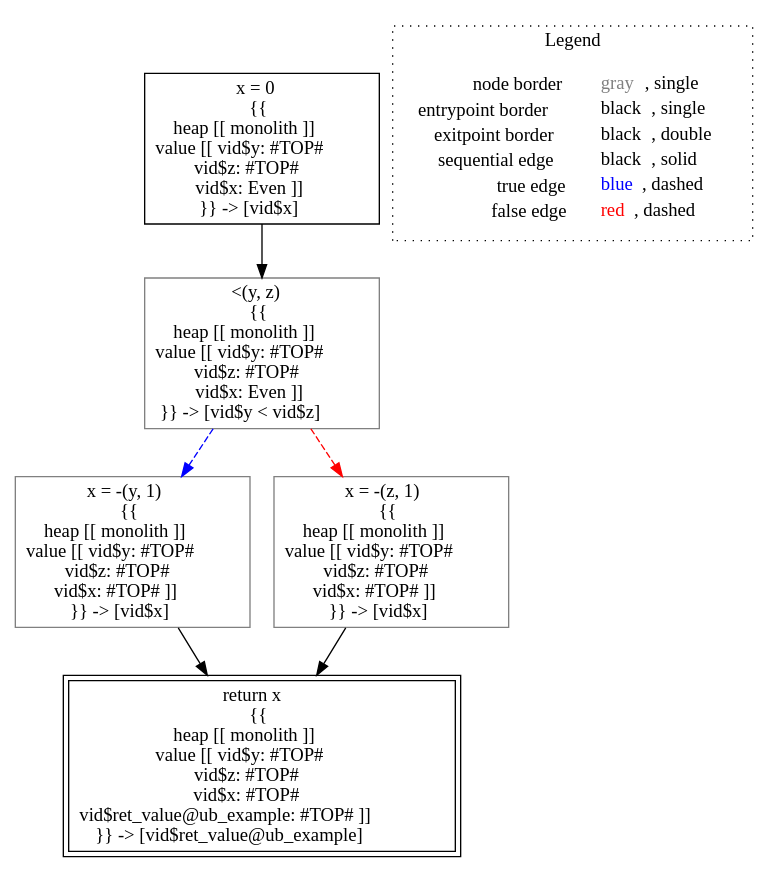
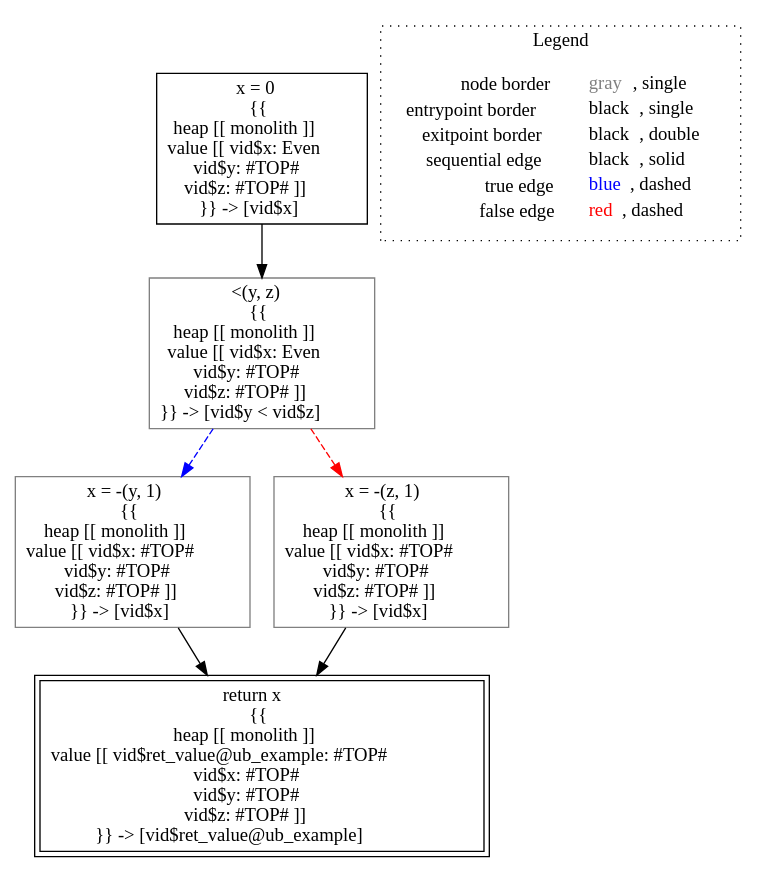
One commit to lisa-analyzer/lisa changed the diagram in lisa/imp-testcases/parity/analysis___untyped_tutorial.ub_example(untyped_y,_untyped_z).dot. Above: the diagram before and after it, drawn with Graphviz. The commit also changed 29 other files, not shown here.

```diff
--- a/lisa/imp-testcases/parity/analysis___untyped_tutorial.ub_example(untyped_y,_untyped_z).dot
+++ b/lisa/imp-testcases/parity/analysis___untyped_tutorial.ub_example(untyped_y,_untyped_z).dot
@@ -1,19 +1,19 @@
 digraph {
-	"node0" [shape="rect",color="black",label=<x = 0<BR/>{{<BR/>heap [[ monolith ]]<BR/>value [[ vid$y: #TOP#<BR/>vid$z: #TOP#<BR/>vid$x: Even ]]<BR/>}} -&gt; [vid$x]>];
-	"node1" [shape="rect",color="gray",label=<x = -(y, 1)<BR/>{{<BR/>heap [[ monolith ]]<BR/>value [[ vid$y: #TOP#<BR/>vid$z: #TOP#<BR/>vid$x: #TOP# ]]<BR/>}} -&gt; [vid$x]>];
-	"node2" [shape="rect",color="black",peripheries="2",label=<return x<BR/>{{<BR/>heap [[ monolith ]]<BR/>value [[ vid$y: #TOP#<BR/>vid$z: #TOP#<BR/>vid$x: #TOP#<BR/>vid$ret_value@ub_example: #TOP# ]]<BR/>}} -&gt; [vid$ret_value@ub_example]>];
-	"node3" [shape="rect",color="gray",label=<x = -(z, 1)<BR/>{{<BR/>heap [[ monolith ]]<BR/>value [[ vid$y: #TOP#<BR/>vid$z: #TOP#<BR/>vid$x: #TOP# ]]<BR/>}} -&gt; [vid$x]>];
-	"node4" [shape="rect",color="gray",label=<&lt;(y, z)<BR/>{{<BR/>heap [[ monolith ]]<BR/>value [[ vid$y: #TOP#<BR/>vid$z: #TOP#<BR/>vid$x: Even ]]<BR/>}} -&gt; [vid$y &lt; vid$z]>];
-	"node1" -> "node2" [color="black"];
-	"node0" -> "node4" [color="black"];
-	"node3" -> "node2" [color="black"];
-	"node4" -> "node1" [color="blue",style="dashed"];
-	"node4" -> "node3" [color="red",style="dashed"];
+	"node0" [shape="rect",color="black",label=<x = 0<BR/>{{<BR/>heap [[ monolith ]]<BR/>value [[ vid$x: Even<BR/>vid$y: #TOP#<BR/>vid$z: #TOP# ]]<BR/>}} -&gt; [vid$x]>];
+	"node1" [shape="rect",color="gray",label=<x = -(y, 1)<BR/>{{<BR/>heap [[ monolith ]]<BR/>value [[ vid$x: #TOP#<BR/>vid$y: #TOP#<BR/>vid$z: #TOP# ]]<BR/>}} -&gt; [vid$x]>];
+	"node2" [shape="rect",color="gray",label=<&lt;(y, z)<BR/>{{<BR/>heap [[ monolith ]]<BR/>value [[ vid$x: Even<BR/>vid$y: #TOP#<BR/>vid$z: #TOP# ]]<BR/>}} -&gt; [vid$y &lt; vid$z]>];
+	"node3" [shape="rect",color="gray",label=<x = -(z, 1)<BR/>{{<BR/>heap [[ monolith ]]<BR/>value [[ vid$x: #TOP#<BR/>vid$y: #TOP#<BR/>vid$z: #TOP# ]]<BR/>}} -&gt; [vid$x]>];
+	"node4" [shape="rect",color="black",peripheries="2",label=<return x<BR/>{{<BR/>heap [[ monolith ]]<BR/>value [[ vid$ret_value@ub_example: #TOP#<BR/>vid$x: #TOP#<BR/>vid$y: #TOP#<BR/>vid$z: #TOP# ]]<BR/>}} -&gt; [vid$ret_value@ub_example]>];
+	"node1" -> "node4" [color="black"];
+	"node2" -> "node1" [color="blue",style="dashed"];
+	"node2" -> "node3" [color="red",style="dashed"];
+	"node0" -> "node2" [color="black"];
+	"node3" -> "node4" [color="black"];
 subgraph cluster_legend {
 	label="Legend";
 	style=dotted;
 	node [shape=plaintext];
 	"legend" [label=<<table border="0" cellpadding="2" cellspacing="0" cellborder="0"><tr><td align="right">node border&nbsp;</td><td align="left"><font color="gray">gray</font>, single</td></tr><tr><td align="right">entrypoint border&nbsp;</td><td align="left"><font color="black">black</font>, single</td></tr><tr><td align="right">exitpoint border&nbsp;</td><td align="left"><font color="black">black</font>, double</td></tr><tr><td align="right">sequential edge&nbsp;</td><td align="left"><font color="black">black</font>, solid</td></tr><tr><td align="right">true edge&nbsp;</td><td align="left"><font color="blue">blue</font>, dashed</td></tr><tr><td align="right">false edge&nbsp;</td><td align="left"><font color="red">red</font>, dashed</td></tr></table>>];
 }
 
 }
```
